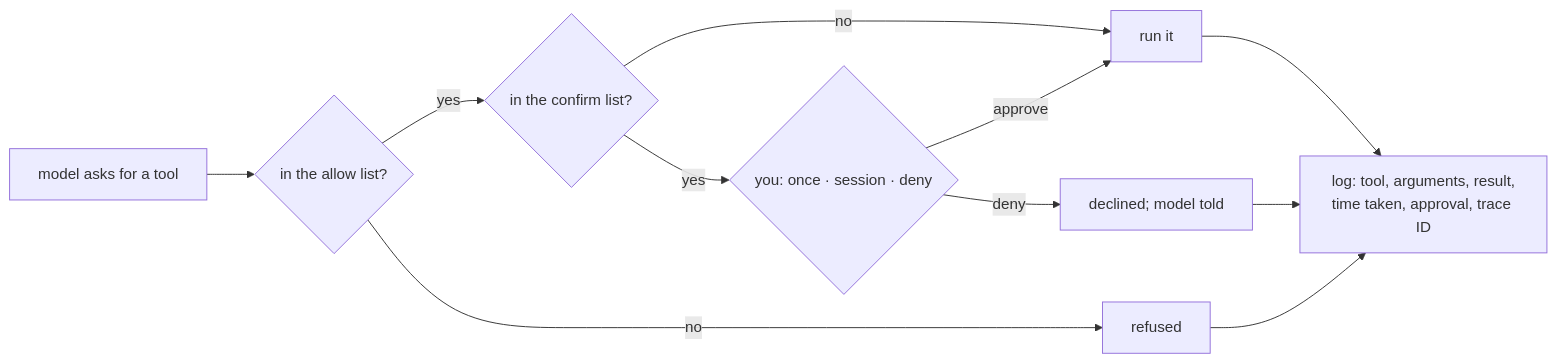
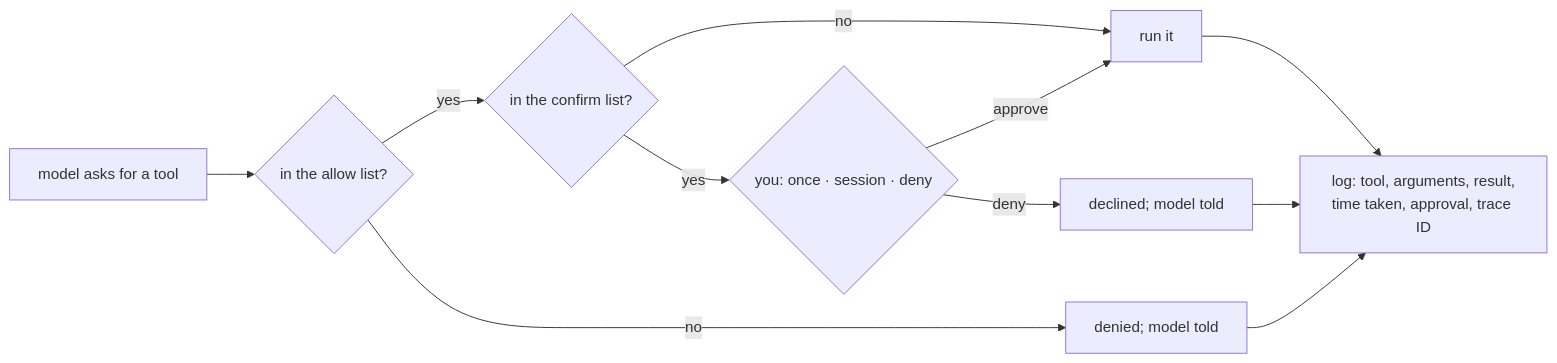
The fifth of 5 diagrams in docs/architecture/200.md (aarora79/meru), drawn with Mermaid before and after one commit. The commit also changed other lines of this file and 11 other files, not shown here.

````diff
--- a/docs/architecture/200.md
+++ b/docs/architecture/200.md
@@ -444,13 +461,13 @@
 ```mermaid
 flowchart LR
     CALL["model asks for a tool"] --> A{"in the allow list?"}
-    A -- no --> X["refused"]
+    A -- no --> X["denied; model told"]
     A -- yes --> B{"in the confirm list?"}
     B -- no --> RUN["run it"]
     B -- yes --> ASK{"you: once · session · deny"}
     ASK -- approve --> RUN
     ASK -- deny --> NO["declined; model told"]
     RUN --> LOG["log: tool, arguments, result,<br/>time taken, approval, trace ID"]
     NO --> LOG
     X --> LOG
 ```
````
